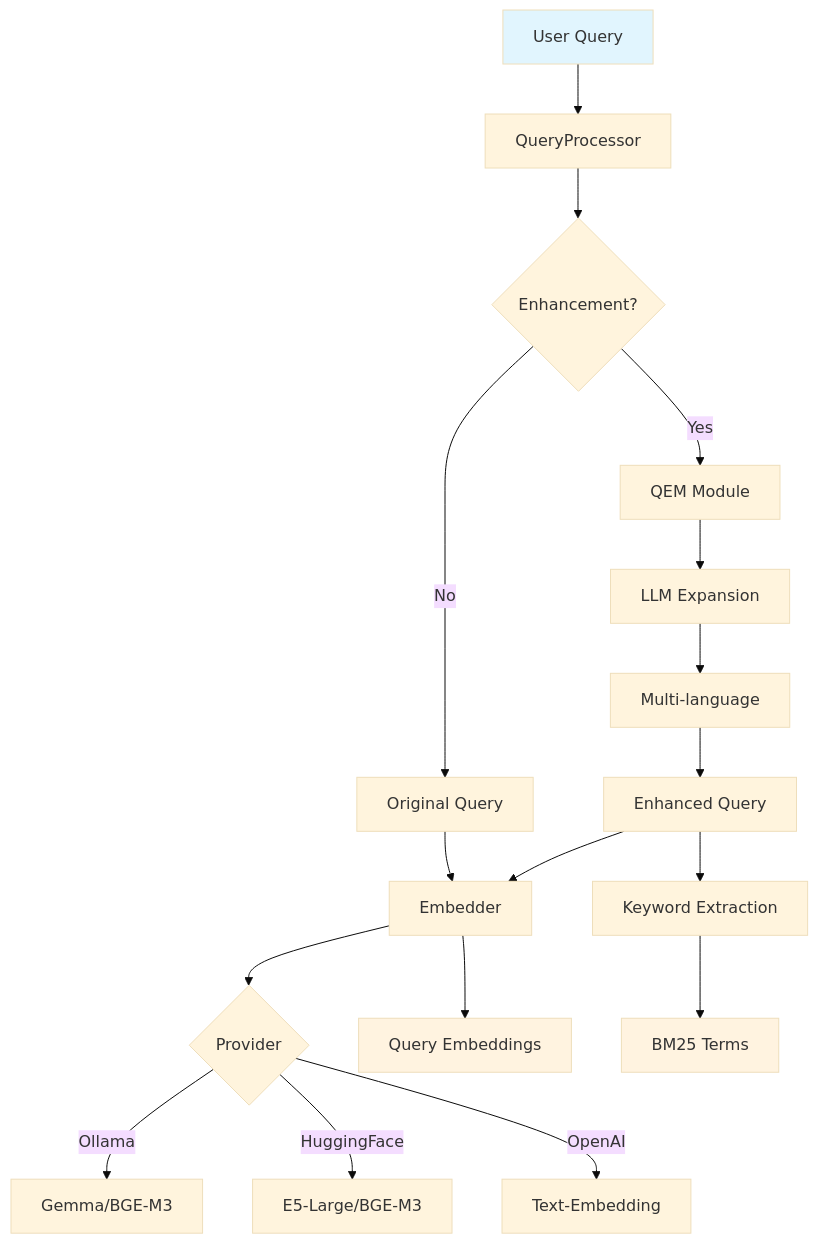
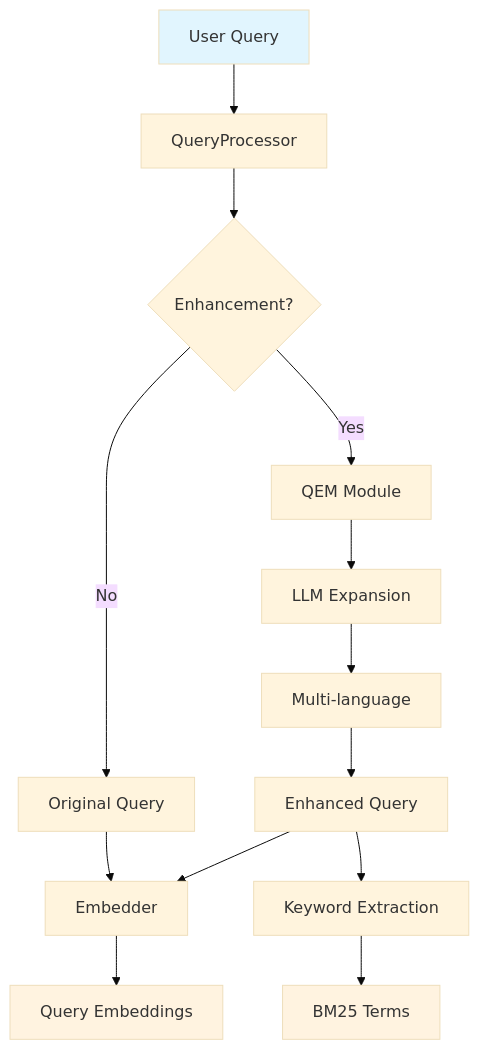
One commit to Flowerf19/RAG changed the third of 5 diagrams in README.md. Above: the diagram before and after it, drawn with Mermaid (base theme). The commit also changed other lines of this file, not shown here.

````diff
--- a/README.md
+++ b/README.md
@@ -138,27 +137,22 @@
 ```mermaid
 graph TD
     A[User Query] --> B[QueryProcessor]
     B --> C{Enhancement?}
     C -->|Yes| D[QEM Module]
     C -->|No| E[Original Query]
 
     D --> F[LLM Expansion]
     F --> G[Multi-language]
     G --> H[Enhanced Query]
 
     H --> I[Embedder]
     E --> I
 
-    I --> J{Provider}
-    J -->|Ollama| K[Gemma/BGE-M3]
-    J -->|HuggingFace| L[E5-Large/BGE-M3]
-    J -->|OpenAI| M[Text-Embedding]
-
     I --> N[Query Embeddings]
     H --> O[Keyword Extraction]
     O --> P[BM25 Terms]
 
     style A fill:#e1f5fe
     style N fill:#fff3e0
     style P fill:#fff3e0
 ```
````
